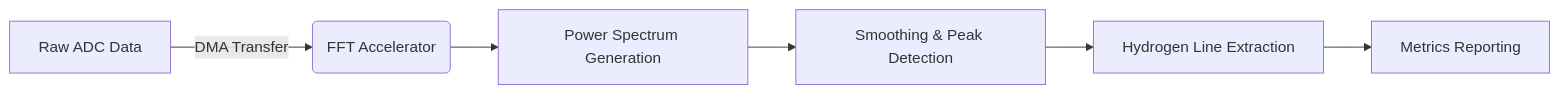
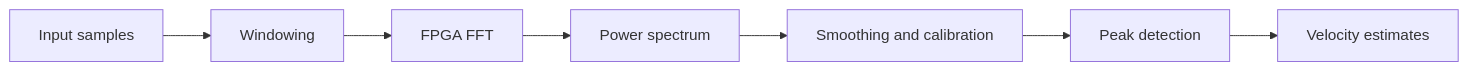
The first of 2 diagrams in README.md (Eliot-Abramo/Astrorapide), drawn with Mermaid before and after one commit. The commit also changed other lines of this file and 834 other files, not shown here.

````diff
--- a/README.md
+++ b/README.md
@@ -7,8 +19,9 @@
 ```mermaid
 flowchart LR
-    A[Raw ADC Data] -->|DMA Transfer| B(FFT Accelerator)
-    B --> C[Power Spectrum Generation]
-    C --> D[Smoothing & Peak Detection]
-    D --> E[Hydrogen Line Extraction]
-    E --> F[Metrics Reporting]
+    A[Input samples] --> B[Windowing]
+    B --> C[FPGA FFT]
+    C --> D[Power spectrum]
+    D --> E[Smoothing and calibration]
+    E --> F[Peak detection]
+    F --> G[Velocity estimates]
 ```
````
